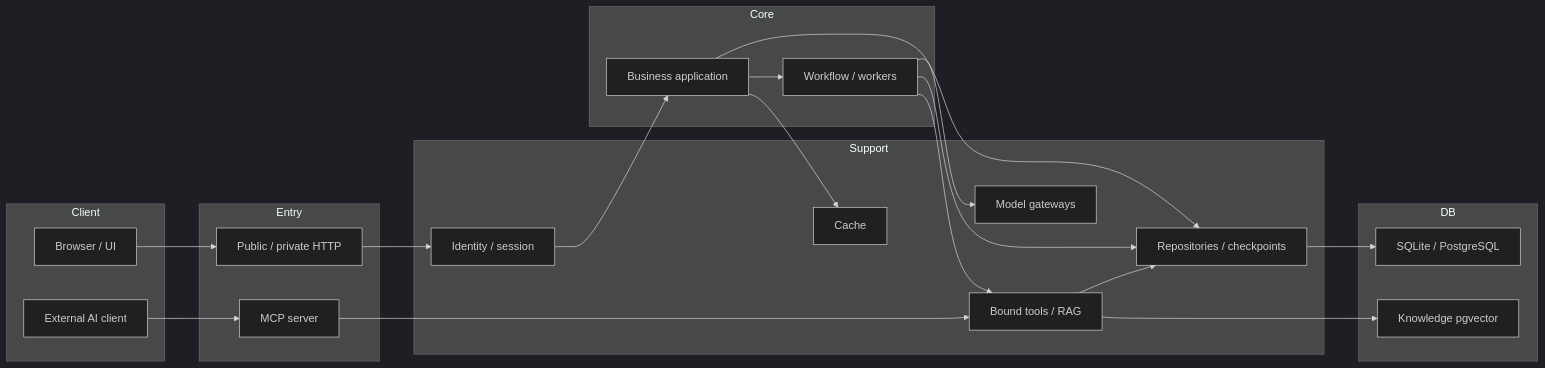
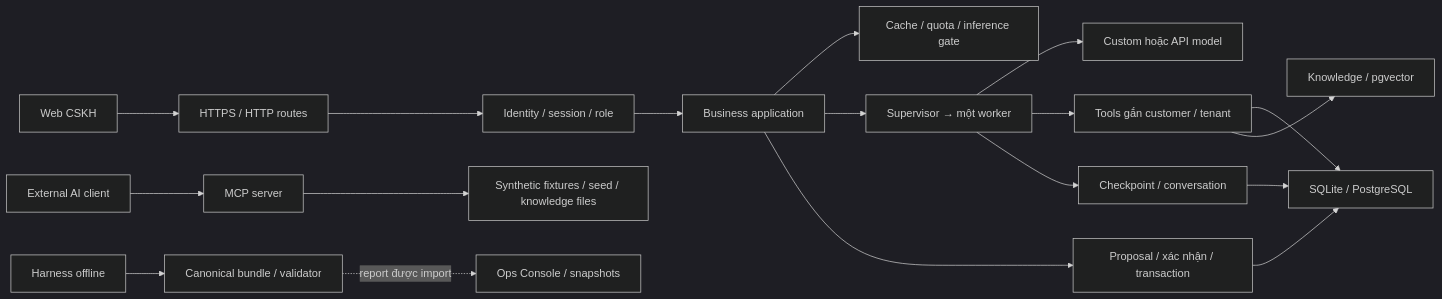
Before and after one commit to tuteemovaixlong/CSKH_ban_le: the diagram in docs/CODEBASE_MAP.md, drawn with Mermaid (dark theme). The commit also changed other lines of this file and 19 other files, not shown here.

````diff
--- a/docs/CODEBASE_MAP.md
+++ b/docs/CODEBASE_MAP.md
@@ -247,38 +25,20 @@
 ```mermaid
 flowchart LR
-    subgraph CLIENT["Client"]
-        UI["Browser / UI"]
-        EXT["External AI client"]
-    end
-    subgraph ENTRY["Entry"]
-        HTTP["Public / private HTTP"]
-        MCP["MCP server"]
-    end
-    subgraph CORE["Core"]
-        APP["Business application"]
-        WF["Workflow / workers"]
-    end
-    subgraph SUPPORT["Support"]
-        ID["Identity / session"]
-        CACHE["Cache"]
-        TOOLS["Bound tools / RAG"]
-        MODEL["Model gateways"]
-        REPO["Repositories / checkpoints"]
-    end
-    subgraph DATABASE["DB"]
-        SQL["SQLite / PostgreSQL"]
-        VECTOR["Knowledge pgvector"]
-    end
-    UI --> HTTP
-    EXT --> MCP
-    HTTP --> ID --> APP
-    APP --> CACHE
-    APP --> WF
-    WF --> MODEL
-    WF --> TOOLS
-    MCP --> TOOLS
-    APP --> REPO
-    WF --> REPO
-    TOOLS --> REPO --> SQL
-    TOOLS --> VECTOR
+    WEB["Web CSKH"] --> HTTP["HTTPS / HTTP routes"]
+    HTTP --> ID["Identity / session / role"]
+    ID --> APP["Business application"]
+    APP --> CACHE["Cache / quota / inference gate"]
+    APP --> GRAPH["Supervisor → một worker"]
+    GRAPH --> MODEL["Custom hoặc API model"]
+    GRAPH --> TOOLS["Tools gắn customer / tenant"]
+    APP --> TX["Proposal / xác nhận / transaction"]
+    TX --> DB["SQLite / PostgreSQL"]
+    TOOLS --> DB
+    TOOLS --> RAG["Knowledge / pgvector"]
+    GRAPH --> CP["Checkpoint / conversation"]
+    CP --> DB
+    EXT["External AI client"] --> MCP["MCP server"]
+    MCP --> FIXTURES["Synthetic fixtures / seed / knowledge files"]
+    RUN["Harness offline"] --> BUNDLE["Canonical bundle / validator"]
+    BUNDLE -. "report được import" .-> OPS["Ops Console / snapshots"]
 ```
````
